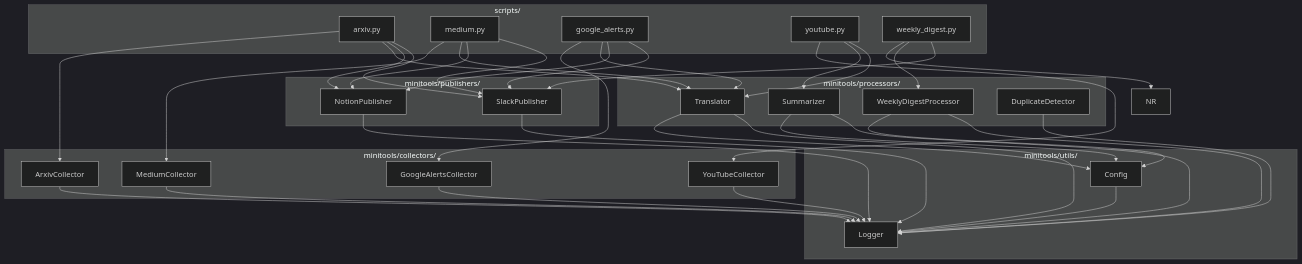
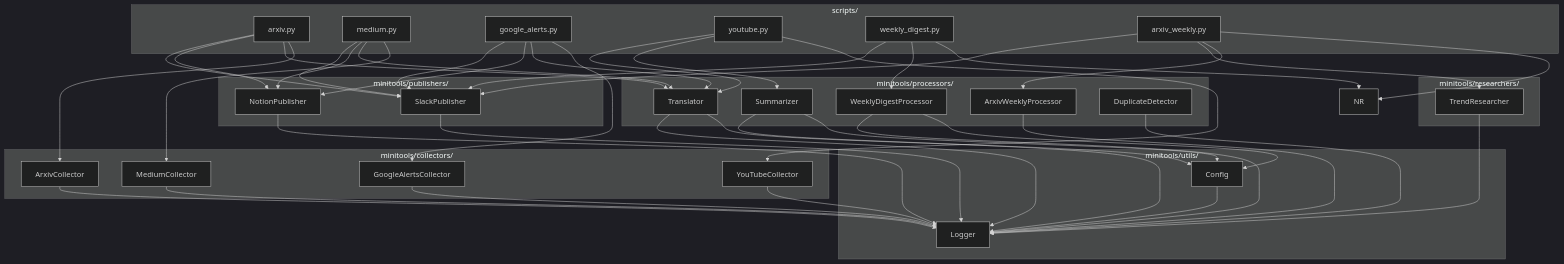
The second of 11 diagrams in docs/generated/architecture.md (tak-akashi/minitools), drawn with Mermaid (dark theme) before and after one commit. The commit also changed other lines of this file and 20 other files, not shown here.

Commit message:
feat: added arxiv weekly digest feature

```diff
--- a/docs/generated/architecture.md
+++ b/docs/generated/architecture.md
@@ -97,6 +105,7 @@
         google_alerts["google_alerts.py"]
         youtube["youtube.py"]
         weekly_digest["weekly_digest.py"]
+        arxiv_weekly["arxiv_weekly.py"]
     end
 
     subgraph collectors["minitools/collectors/"]
@@ -110,7 +119,12 @@
         TR["Translator"]
         SU["Summarizer"]
         WDP["WeeklyDigestProcessor"]
+        AWP["ArxivWeeklyProcessor"]
         DD["DuplicateDetector"]
+    end
+
+    subgraph researchers["minitools/researchers/"]
+        TrendR["TrendResearcher"]
     end
 
     subgraph publishers["minitools/publishers/"]
@@ -146,6 +160,11 @@
     weekly_digest --> WDP
     weekly_digest --> SP
 
+    arxiv_weekly --> NR
+    arxiv_weekly --> AWP
+    arxiv_weekly --> TrendR
+    arxiv_weekly --> SP
+
     AC --> Logger
     MC --> Logger
     GAC --> Logger
@@ -157,6 +176,8 @@
     SU --> Logger
     WDP --> Config
     WDP --> Logger
+    AWP --> Logger
+    TrendR --> Logger
     DD --> Logger
 
     NP --> Logger
```
